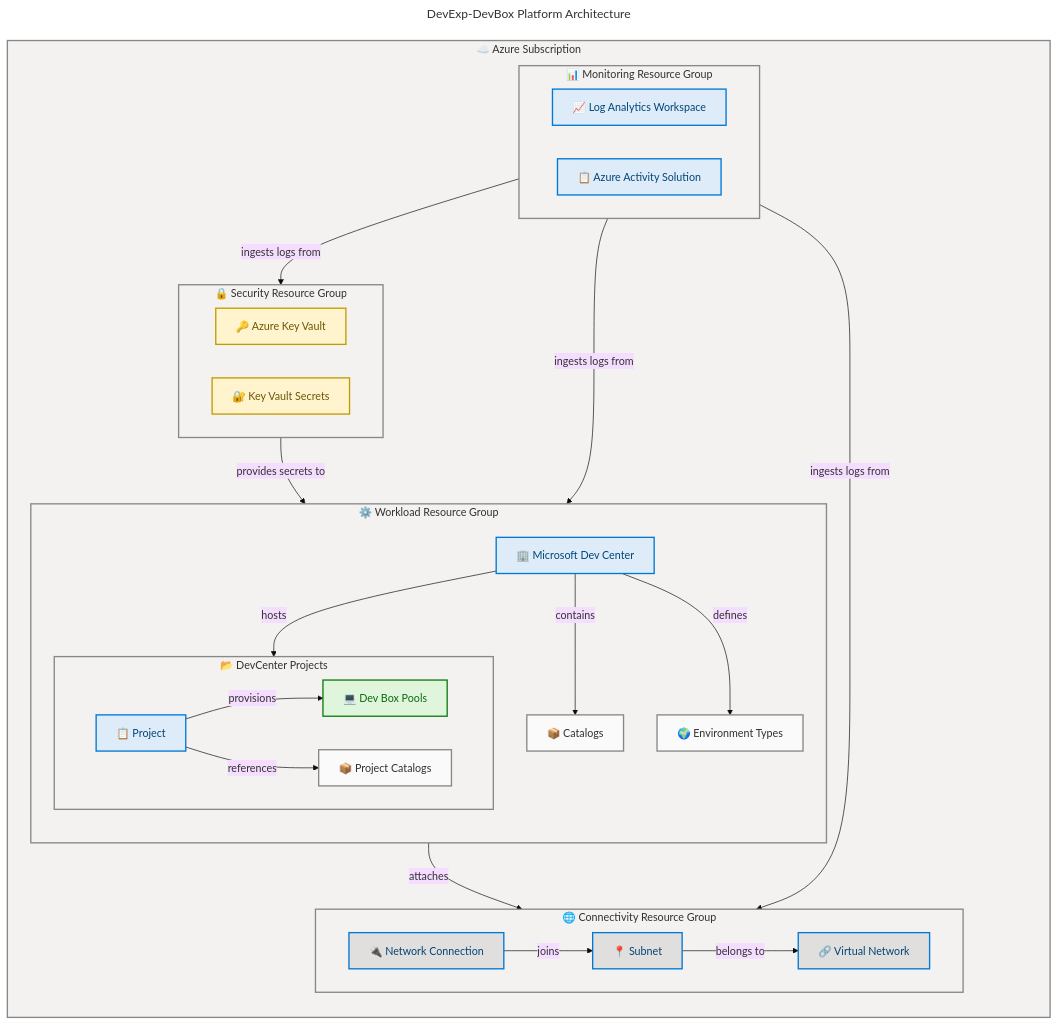
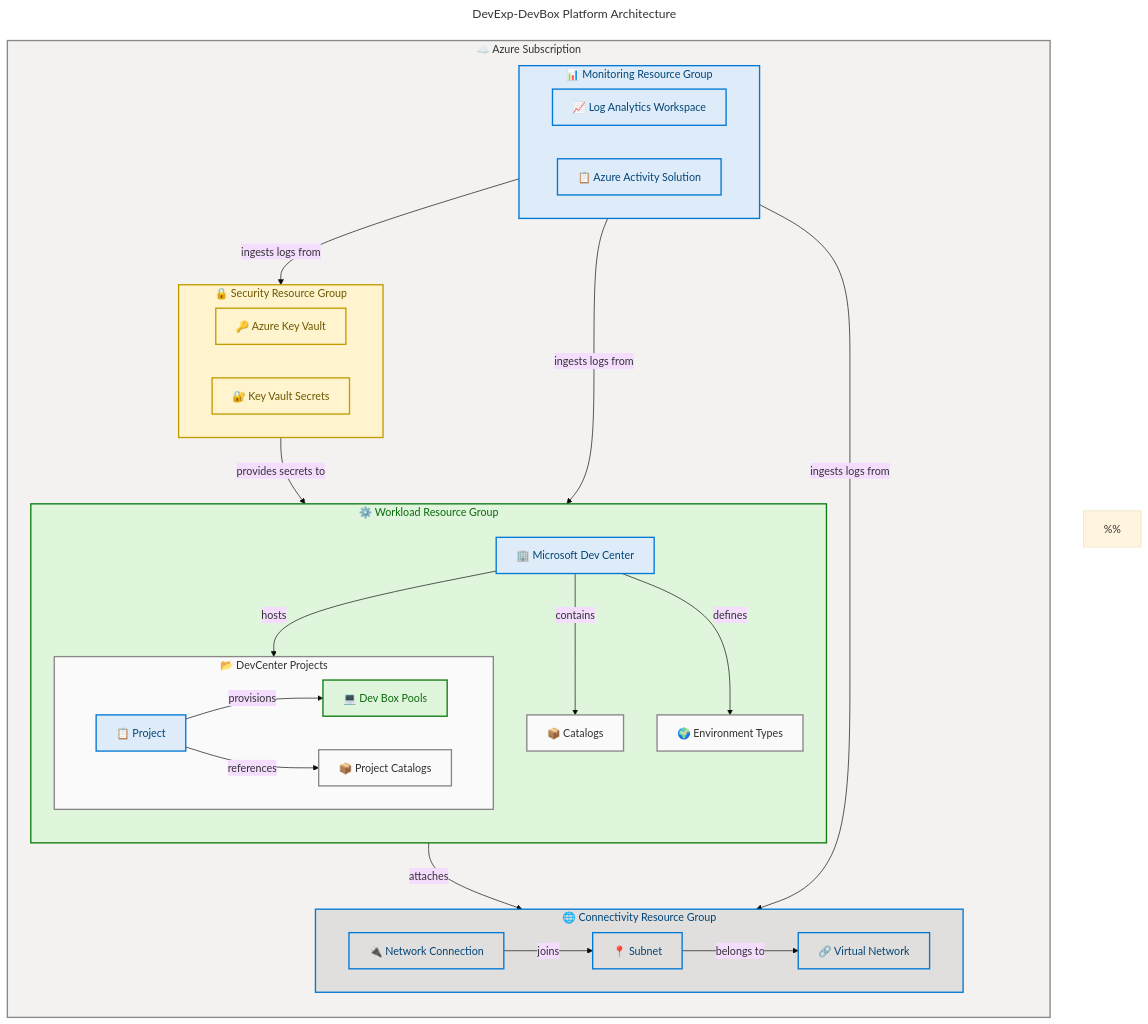
Before and after one commit to Evilazaro/DevExp-DevBox: the first of 2 diagrams in README.md, drawn with Mermaid. The commit also changed other lines of this file, not shown here.

Commit message:
docs: enhance flowchart documentation with semantic color coding for improved clarity

```diff
--- a/README.md
+++ b/README.md
@@ -104,6 +104,14 @@
     %% danger (#FDE7E9) — Error states, alerts, destructive actions
     %% data (#E1DFDD) — Network/external infrastructure (VNet, subnet)
     %% external (#F3F2F1) — External systems, boundaries, outer containers
+    %%
+    %% SUBGRAPH SEMANTIC COLORS (Step 3a — functional siblings)
+    %% subscription (#F3F2F1) — Outer boundary / main group
+    %% monitoring (#DEECF9) — Matches core content (telemetry/logging)
+    %% security (#FFF4CE) — Matches warning content (Key Vault/secrets)
+    %% workload (#DFF6DD) — Matches success content (deployment workload)
+    %% projects (#FAFAFA) — Neutral nested container
+    %% connectivity (#E1DFDD) — Matches data content (VNet/network)
 
     subgraph subscription["☁️ Azure Subscription"]
         direction TB
@@ -155,13 +163,13 @@
     networkConn -->|"joins"| subnet
     subnet -->|"belongs to"| vnet
 
-    %% SUBGRAPH STYLING — uniform neutral fills (6 subgraphs = 6 style directives)
+    %% SUBGRAPH STYLING — semantic fills for functional siblings (6 subgraphs = 6 style directives)
     style subscription fill:#F3F2F1,stroke:#8A8886,stroke-width:2px,color:#323130
-    style monitoring fill:#F3F2F1,stroke:#8A8886,stroke-width:2px,color:#323130
-    style security fill:#F3F2F1,stroke:#8A8886,stroke-width:2px,color:#323130
-    style workload fill:#F3F2F1,stroke:#8A8886,stroke-width:2px,color:#323130
-    style projects fill:#F3F2F1,stroke:#8A8886,stroke-width:2px,color:#323130
-    style connectivity fill:#F3F2F1,stroke:#8A8886,stroke-width:2px,color:#323130
+    style monitoring fill:#DEECF9,stroke:#0078D4,stroke-width:2px,color:#004578
+    style security fill:#FFF4CE,stroke:#C19C00,stroke-width:2px,color:#6D5700
+    style workload fill:#DFF6DD,stroke:#107C10,stroke-width:2px,color:#0B6A0B
+    style projects fill:#FAFAFA,stroke:#8A8886,stroke-width:2px,color:#323130
+    style connectivity fill:#E1DFDD,stroke:#0078D4,stroke-width:2px,color:#004578
 
     %% Centralized classDef palette (canonical — neutral-first, 7 semantic classes)
     classDef neutral fill:#FAFAFA,stroke:#8A8886,stroke-width:2px,color:#323130
```
